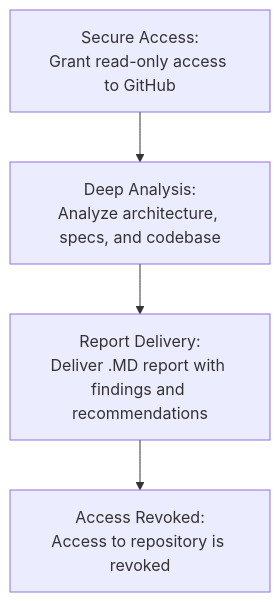
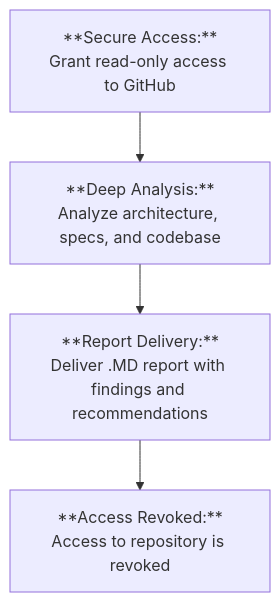
The diagram in content/en/services/index.md (Inferara/inferara.com), drawn with Mermaid before and after one commit. The commit also changed other lines of this file and 12 other files, not shown here.

````diff
--- a/content/en/services/index.md
+++ b/content/en/services/index.md
@@ -59,6 +88,6 @@
 ```mermaid
 graph TD
-    A[Secure Access:<br/>Grant read-only access to GitHub] --> B[Deep Analysis:<br/>Analyze architecture, specs, and codebase];
-    B --> C[Report Delivery:<br/>Deliver .MD report with findings and recommendations];
-    C --> D[Access Revoked:<br/>Access to repository is revoked];
+    A[**Secure Access:**<br/>Grant read-only access to GitHub] --> B[**Deep Analysis:**<br/>Analyze architecture, specs, and codebase];
+    B --> C[**Report Delivery:**<br/>Deliver .MD report with findings and recommendations];
+    C --> D[**Access Revoked:**<br/>Access to repository is revoked];
 ```
````
